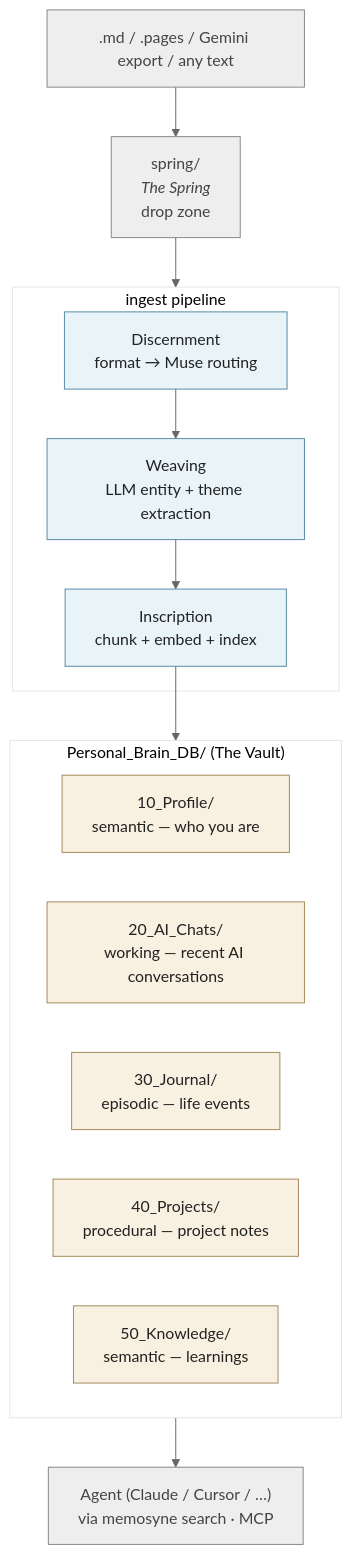
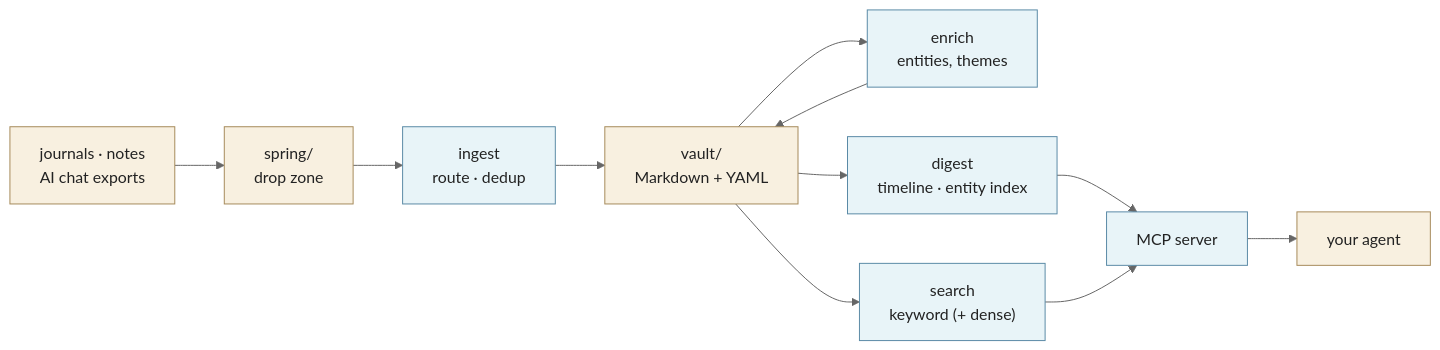
One commit to pppeterlin/Memosyne changed the diagram in README.md. Above: the diagram before and after it, drawn with Mermaid. The commit also changed other lines of this file and 32 other files, not shown here.

````diff
--- a/README.md
+++ b/README.md
@@ -61,34 +53,16 @@
 ```mermaid
 %%{init: {'theme':'base', 'themeVariables': {'background':'#f5f5f5', 'primaryColor':'#f5f5f5', 'lineColor':'#666', 'primaryBorderColor':'#888'}}}%%
-flowchart TB
+flowchart LR
     classDef stage fill:#e8f4f8,stroke:#5a8aa6,color:#222
-    classDef vault fill:#f8f0e0,stroke:#a68a5a,color:#222
-    classDef external fill:#eee,stroke:#888,color:#444
+    classDef data fill:#f8f0e0,stroke:#a68a5a,color:#222
 
-    SRC[".md / .pages / Gemini export / any text"]:::external
-    SPRING["spring/<br/><i>The Spring</i><br/>drop zone"]:::external
-
-    SRC --> SPRING
-
-    subgraph PIPE["ingest pipeline"]
-        DISC["Discernment<br/>format → Muse routing"]:::stage
-        WEAVE["Weaving<br/>LLM entity + theme extraction"]:::stage
-        INSCRIBE["Inscription<br/>chunk + embed + index"]:::stage
-        DISC --> WEAVE --> INSCRIBE
-    end
-
-    SPRING --> PIPE
-
-    subgraph VAULT["Personal_Brain_DB/ (The Vault)"]
-        P10["10_Profile/<br/>semantic — who you are"]:::vault
-        P20["20_AI_Chats/<br/>working — recent AI conversations"]:::vault
-        P30["30_Journal/<br/>episodic — life events"]:::vault
-        P40["40_Projects/<br/>procedural — project notes"]:::vault
-        P50["50_Knowledge/<br/>semantic — learnings"]:::vault
-    end
-
-    INSCRIBE --> VAULT
-
-    AGENT["Agent (Claude / Cursor / …)<br/>via memosyne search · MCP"]:::external
-    VAULT --> AGENT
+    SRC["journals · notes<br/>AI chat exports"]:::data --> SPRING["spring/<br/>drop zone"]:::data
+    SPRING --> INGEST["ingest<br/>route · dedup"]:::stage
+    INGEST --> VAULT["vault/<br/>Markdown + YAML"]:::data
+    VAULT --> ENRICH["enrich<br/>entities, themes"]:::stage --> VAULT
+    VAULT --> DIGEST["digest<br/>timeline · entity index"]:::stage
+    VAULT --> SEARCH["search<br/>keyword (+ dense)"]:::stage
+    DIGEST --> MCP["MCP server"]:::stage
+    SEARCH --> MCP
+    MCP --> AGENT["your agent"]:::data
 ```
````
